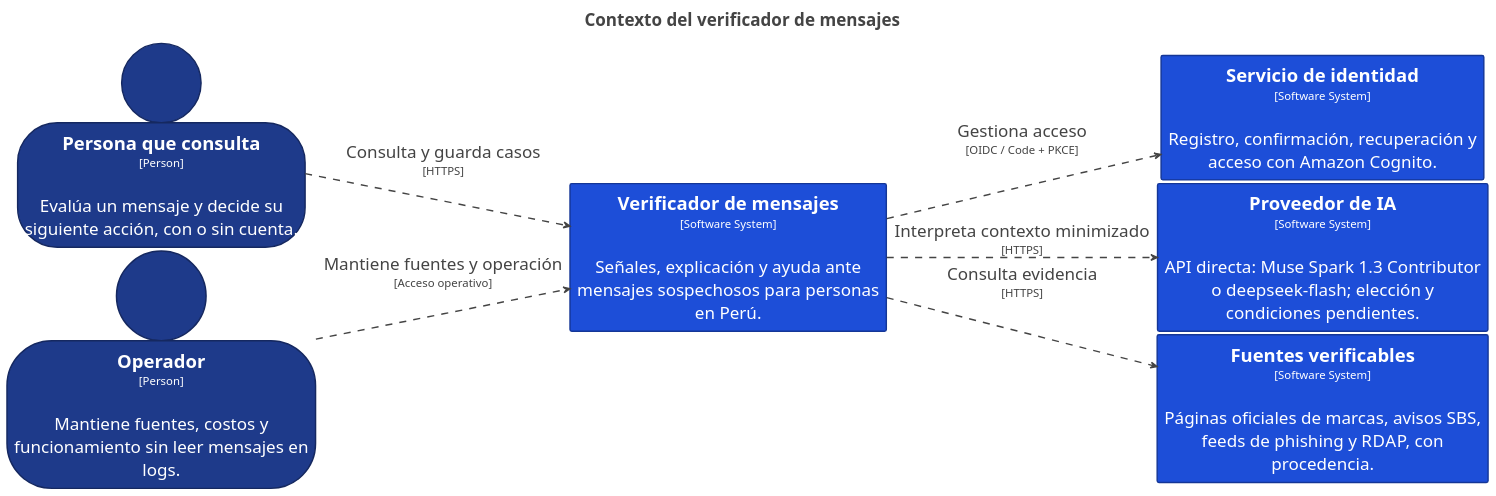
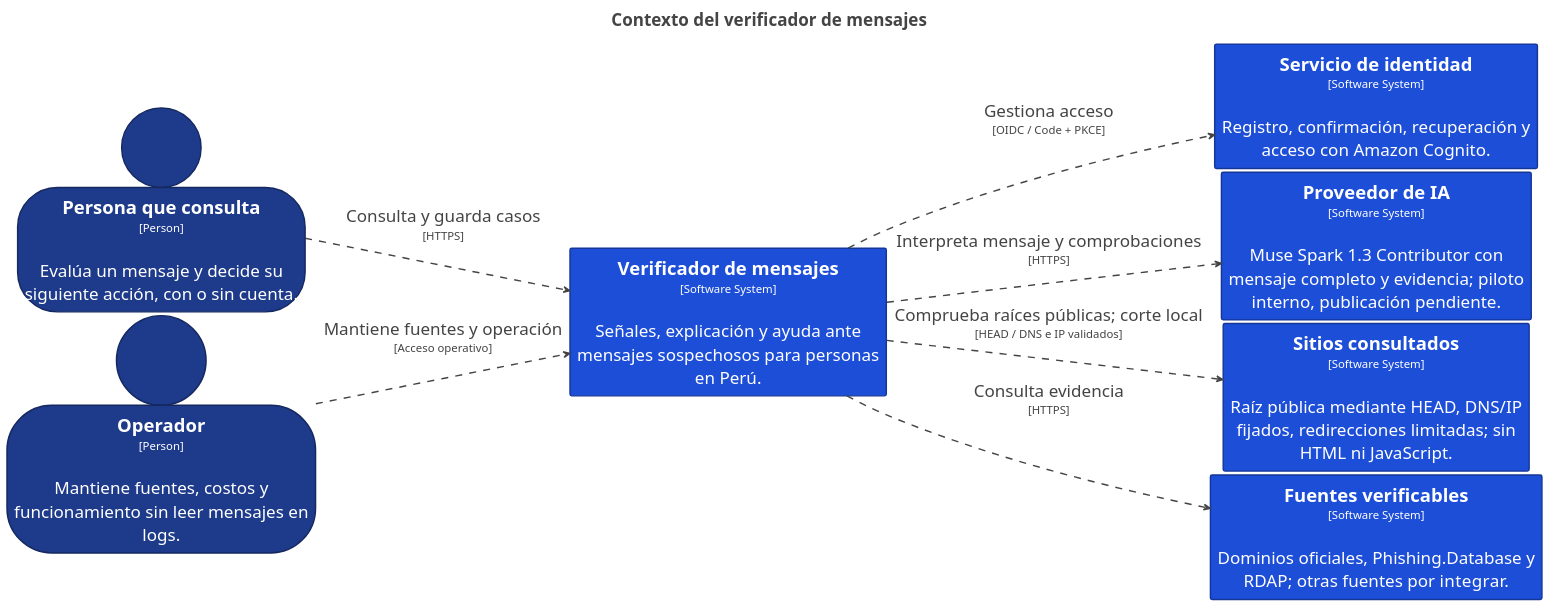
Before and after one commit to deep-skill/everyday-trust: the diagram in docs/diagrams/c4/structurizr-Context.puml, drawn with PlantUML. The commit also changed 39 other files, not shown here.

Commit message:
Improve review UX, verify link destinations, and enable Muse Spark pilot

```diff
--- a/docs/diagrams/c4/structurizr-Context.puml
+++ b/docs/diagrams/c4/structurizr-Context.puml
@@ -1,63 +1,65 @@
 @startuml
 title <size:24>Contexto del verificador de mensajes</size>
 
 set separator none
 left to right direction
 skinparam ranksep 20
 skinparam nodesep 5
 hide stereotype
 
 <style>
   root {
     BackgroundColor: #ffffff;
     FontColor: #444444;
   }
   // Element,Person
   .Element-RWxlbWVudCxQZXJzb24= {
     BackgroundColor: #1e3a8a;
     LineColor: #152860;
     LineStyle: 0;
     LineThickness: 2;
     FontColor: #ffffff;
     FontSize: 24;
     HorizontalAlignment: center;
     Shadowing: 0;
     MaximumWidth: 450;
   }
   // Element,Software System
   .Element-RWxlbWVudCxTb2Z0d2FyZSBTeXN0ZW0= {
     BackgroundColor: #1d4ed8;
     LineColor: #143697;
     LineStyle: 0;
     LineThickness: 2;
     FontColor: #ffffff;
     FontSize: 24;
     HorizontalAlignment: center;
     Shadowing: 0;
     MaximumWidth: 450;
   }
   // Relationship
   .Relationship-UmVsYXRpb25zaGlw {
     LineThickness: 2;
     LineStyle: 10-10;
     LineColor: #444444;
     FontColor: #444444;
     FontSize: 24;
     MaximumWidth: 200;
   }
 </style>
 
 person "==Persona que consulta\n<size:16>[Person]</size>\n\nEvalúa un mensaje y decide su siguiente acción, con o sin cuenta." <<Element-RWxlbWVudCxQZXJzb24=>> as Personaqueconsulta
 person "==Operador\n<size:16>[Person]</size>\n\nMantiene fuentes, costos y funcionamiento sin leer mensajes en logs." <<Element-RWxlbWVudCxQZXJzb24=>> as Operador
 rectangle "==Servicio de identidad\n<size:16>[Software System]</size>\n\nRegistro, confirmación, recuperación y acceso con Amazon Cognito." <<Element-RWxlbWVudCxTb2Z0d2FyZSBTeXN0ZW0=>> as Serviciodeidentidad
-rectangle "==Proveedor de IA\n<size:16>[Software System]</size>\n\nAPI directa: Muse Spark 1.3 Contributor o deepseek-flash; elección y condiciones pendientes." <<Element-RWxlbWVudCxTb2Z0d2FyZSBTeXN0ZW0=>> as ProveedordeIA
-rectangle "==Fuentes verificables\n<size:16>[Software System]</size>\n\nPáginas oficiales de marcas, avisos SBS, feeds de phishing y RDAP, con procedencia." <<Element-RWxlbWVudCxTb2Z0d2FyZSBTeXN0ZW0=>> as Fuentesverificables
+rectangle "==Proveedor de IA\n<size:16>[Software System]</size>\n\nMuse Spark 1.3 Contributor con mensaje completo y evidencia; piloto interno, publicación pendiente." <<Element-RWxlbWVudCxTb2Z0d2FyZSBTeXN0ZW0=>> as ProveedordeIA
+rectangle "==Sitios consultados\n<size:16>[Software System]</size>\n\nRaíz pública mediante HEAD, DNS/IP fijados, redirecciones limitadas; sin HTML ni JavaScript." <<Element-RWxlbWVudCxTb2Z0d2FyZSBTeXN0ZW0=>> as Sitiosconsultados
+rectangle "==Fuentes verificables\n<size:16>[Software System]</size>\n\nDominios oficiales, Phishing.Database y RDAP; otras fuentes por integrar." <<Element-RWxlbWVudCxTb2Z0d2FyZSBTeXN0ZW0=>> as Fuentesverificables
 rectangle "==Verificador de mensajes\n<size:16>[Software System]</size>\n\nSeñales, explicación y ayuda ante mensajes sospechosos para personas en Perú." <<Element-RWxlbWVudCxTb2Z0d2FyZSBTeXN0ZW0=>> as Verificadordemensajes
 
 Personaqueconsulta --> Verificadordemensajes <<Relationship-UmVsYXRpb25zaGlw>> : "Consulta y guarda casos\n<size:16>[HTTPS]</size>"
 Operador --> Verificadordemensajes <<Relationship-UmVsYXRpb25zaGlw>> : "Mantiene fuentes y operación\n<size:16>[Acceso operativo]</size>"
 Verificadordemensajes --> Serviciodeidentidad <<Relationship-UmVsYXRpb25zaGlw>> : "Gestiona acceso\n<size:16>[OIDC / Code + PKCE]</size>"
-Verificadordemensajes --> ProveedordeIA <<Relationship-UmVsYXRpb25zaGlw>> : "Interpreta contexto minimizado\n<size:16>[HTTPS]</size>"
+Verificadordemensajes --> ProveedordeIA <<Relationship-UmVsYXRpb25zaGlw>> : "Interpreta mensaje y comprobaciones\n<size:16>[HTTPS]</size>"
 Verificadordemensajes --> Fuentesverificables <<Relationship-UmVsYXRpb25zaGlw>> : "Consulta evidencia\n<size:16>[HTTPS]</size>"
+Verificadordemensajes --> Sitiosconsultados <<Relationship-UmVsYXRpb25zaGlw>> : "Comprueba raíces públicas; corte local\n<size:16>[HEAD / DNS e IP validados]</size>"
 
 @enduml
```
